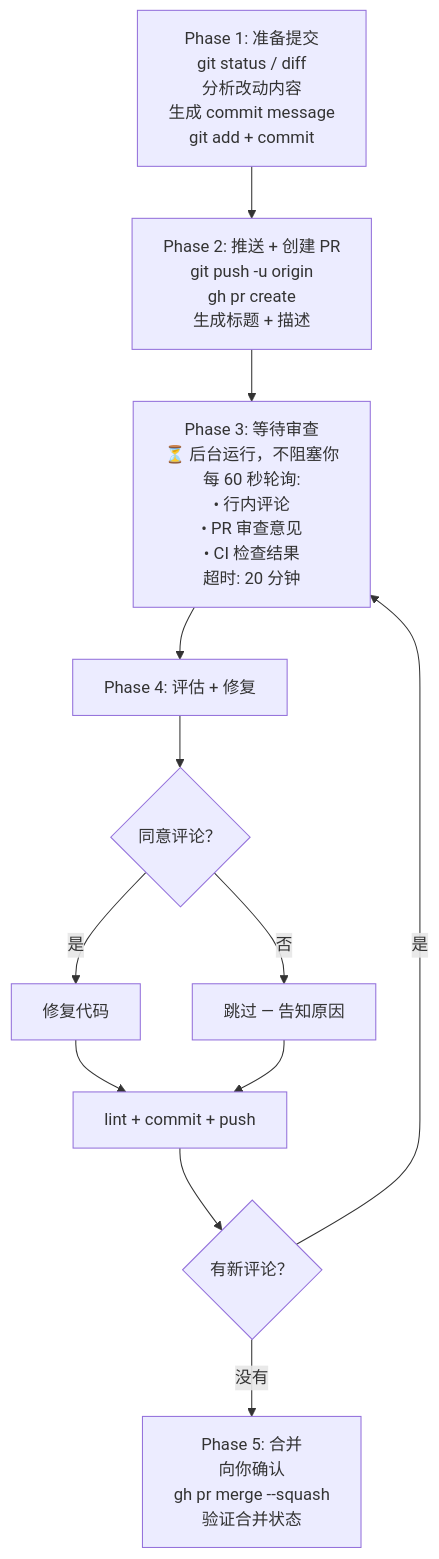
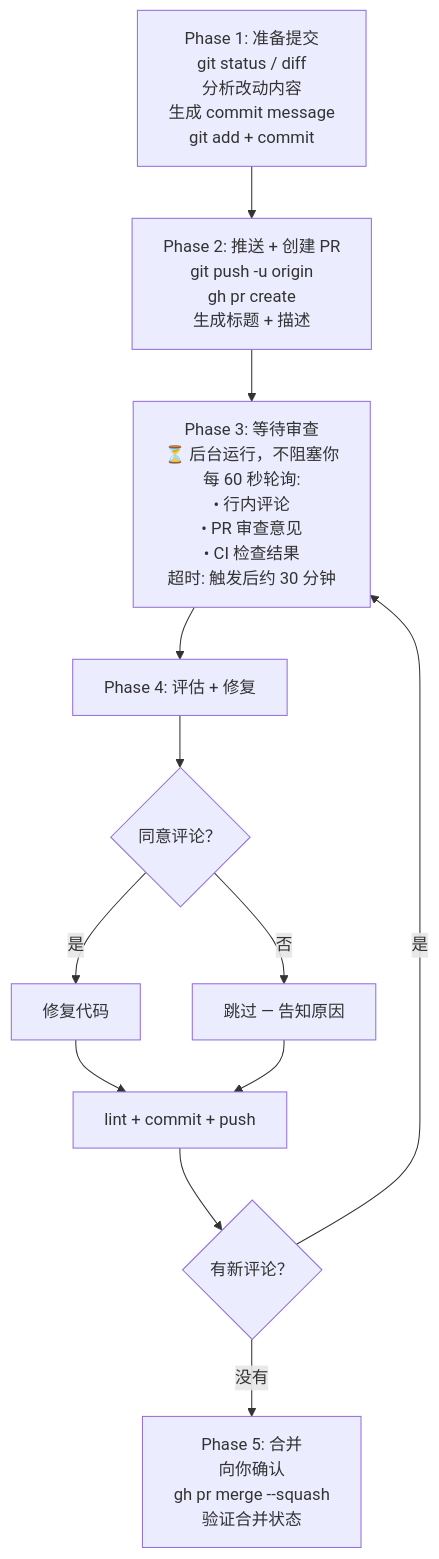
One commit to zytakeshi/create-pr-codex-review changed the second of 2 diagrams in README.zh.md. Above: the diagram before and after it, drawn with Mermaid. The commit also changed other lines of this file and 2 other files, not shown here.

Commit message:
docs(create-pr): align review polling docs

````diff
--- a/README.zh.md
+++ b/README.zh.md
@@ -78,34 +78,34 @@
 ```mermaid
 flowchart TD
     A["Phase 1: 准备提交
     git status / diff
     分析改动内容
     生成 commit message
     git add + commit"] --> B
 
     B["Phase 2: 推送 + 创建 PR
     git push -u origin
     gh pr create
     生成标题 + 描述"] --> C
 
     C["Phase 3: 等待审查
     ⏳ 后台运行，不阻塞你
     每 60 秒轮询:
     • 行内评论
     • PR 审查意见
     • CI 检查结果
-    超时: 20 分钟"] --> D
+    超时: 触发后约 30 分钟"] --> D
 
     D["Phase 4: 评估 + 修复"] --> E{同意评论？}
     E -->|是| F[修复代码]
     E -->|否| G[跳过 — 告知原因]
     F --> H[lint + commit + push]
     G --> H
 
     H --> I{有新评论？}
     I -->|是| C
     I -->|没有| J["Phase 5: 合并
     向你确认
     gh pr merge --squash
     验证合并状态"]
 ```
````
